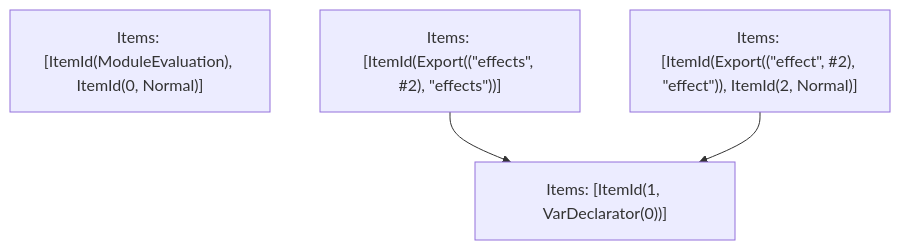
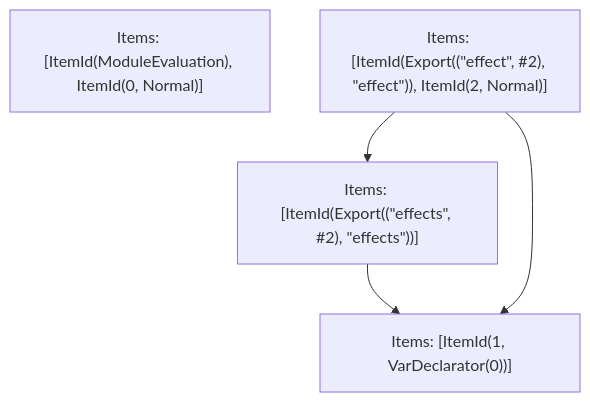
Before and after one commit to vercel/turborepo: the fifth of 5 diagrams in crates/turbopack-ecmascript/tests/tree-shaker/analyzer/tla-1/output.md, drawn with Mermaid. The commit also changed other lines of this file and 22 other files, not shown here.

````diff
--- a/crates/turbopack-ecmascript/tests/tree-shaker/analyzer/tla-1/output.md
+++ b/crates/turbopack-ecmascript/tests/tree-shaker/analyzer/tla-1/output.md
@@ -97,9 +103,10 @@
 ```mermaid
 graph TD
     N0["Items: [ItemId(ModuleEvaluation), ItemId(0, Normal)]"];
     N1["Items: [ItemId(Export((&quot;effects&quot;, #2), &quot;effects&quot;))]"];
     N2["Items: [ItemId(Export((&quot;effect&quot;, #2), &quot;effect&quot;)), ItemId(2, Normal)]"];
     N3["Items: [ItemId(1, VarDeclarator(0))]"];
     N1 --> N3;
     N2 --> N3;
+    N2 --> N1;
 ```
````
